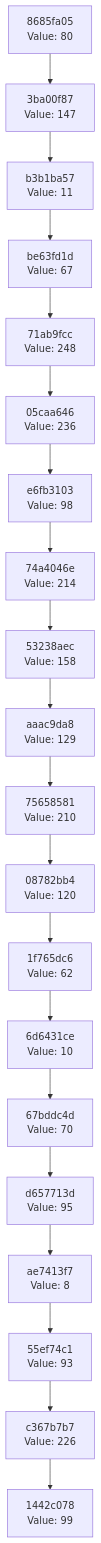
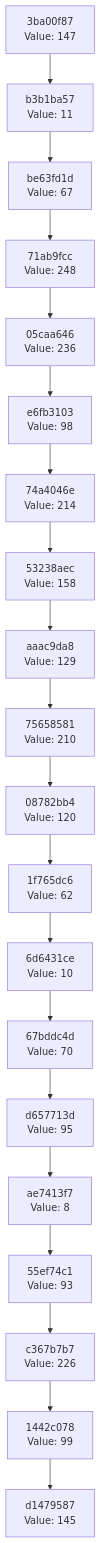
Before and after one commit to Abhisheksinha1506/hash-chain-evolver: the diagram in docs/CHAIN_VISUALIZATION.md, drawn with Mermaid. The commit also changed 1 other file, not shown here.

Commit message:
Evolution step: hash 0x91 → action executed

````diff
--- a/docs/CHAIN_VISUALIZATION.md
+++ b/docs/CHAIN_VISUALIZATION.md
@@ -3,42 +3,42 @@
 ```mermaid
 graph TD
-    C0["1442c078<br/>Value: 99"]
-    C1["c367b7b7<br/>Value: 226"]
+    C0["d1479587<br/>Value: 145"]
+    C1["1442c078<br/>Value: 99"]
     C1 --> C0
-    C2["55ef74c1<br/>Value: 93"]
+    C2["c367b7b7<br/>Value: 226"]
     C2 --> C1
-    C3["ae7413f7<br/>Value: 8"]
+    C3["55ef74c1<br/>Value: 93"]
     C3 --> C2
-    C4["d657713d<br/>Value: 95"]
+    C4["ae7413f7<br/>Value: 8"]
     C4 --> C3
-    C5["67bddc4d<br/>Value: 70"]
+    C5["d657713d<br/>Value: 95"]
     C5 --> C4
-    C6["6d6431ce<br/>Value: 10"]
+    C6["67bddc4d<br/>Value: 70"]
     C6 --> C5
-    C7["1f765dc6<br/>Value: 62"]
+    C7["6d6431ce<br/>Value: 10"]
     C7 --> C6
-    C8["08782bb4<br/>Value: 120"]
+    C8["1f765dc6<br/>Value: 62"]
     C8 --> C7
-    C9["75658581<br/>Value: 210"]
+    C9["08782bb4<br/>Value: 120"]
     C9 --> C8
-    C10["aaac9da8<br/>Value: 129"]
+    C10["75658581<br/>Value: 210"]
     C10 --> C9
-    C11["53238aec<br/>Value: 158"]
+    C11["aaac9da8<br/>Value: 129"]
     C11 --> C10
-    C12["74a4046e<br/>Value: 214"]
+    C12["53238aec<br/>Value: 158"]
     C12 --> C11
-    C13["e6fb3103<br/>Value: 98"]
+    C13["74a4046e<br/>Value: 214"]
     C13 --> C12
-    C14["05caa646<br/>Value: 236"]
+    C14["e6fb3103<br/>Value: 98"]
     C14 --> C13
-    C15["71ab9fcc<br/>Value: 248"]
+    C15["05caa646<br/>Value: 236"]
     C15 --> C14
-    C16["be63fd1d<br/>Value: 67"]
+    C16["71ab9fcc<br/>Value: 248"]
     C16 --> C15
-    C17["b3b1ba57<br/>Value: 11"]
+    C17["be63fd1d<br/>Value: 67"]
     C17 --> C16
-    C18["3ba00f87<br/>Value: 147"]
+    C18["b3b1ba57<br/>Value: 11"]
     C18 --> C17
-    C19["8685fa05<br/>Value: 80"]
+    C19["3ba00f87<br/>Value: 147"]
     C19 --> C18
 ```
````
